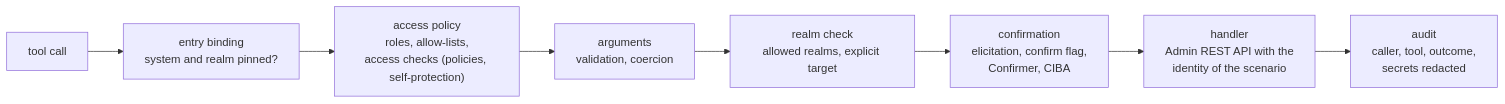
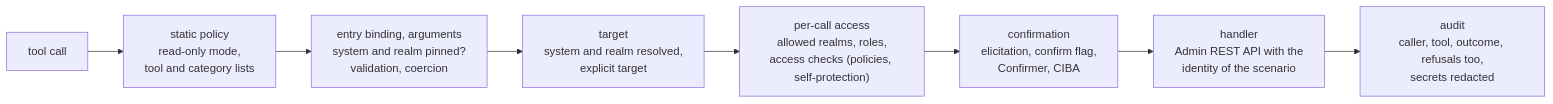
One commit to edewit/keycloak-mcp-server changed the eighth of 8 diagrams in docs/scenarios.md. Above: the diagram before and after it, drawn with Mermaid. The commit also changed other lines of this file, not shown here.

Commit message:
Correct the scenarios page: CIBA number matching, the order of the call pipeline, trusted issuers across systems

````diff
--- a/docs/scenarios.md
+++ b/docs/scenarios.md
@@ -209,10 +209,10 @@
 ```mermaid
 flowchart LR
-    A["tool call"] --> B["entry binding<br/>system and realm pinned?"]
-    B --> C["access policy<br/>roles, allow-lists,<br/>access checks (policies, self-protection)"]
-    C --> D["arguments<br/>validation, coercion"]
-    D --> E["realm check<br/>allowed realms, explicit target"]
+    A["tool call"] --> B["static policy<br/>read-only mode,<br/>tool and category lists"]
+    B --> C["entry binding, arguments<br/>system and realm pinned?<br/>validation, coercion"]
+    C --> D["target<br/>system and realm resolved,<br/>explicit target"]
+    D --> E["per-call access<br/>allowed realms, roles,<br/>access checks (policies, self-protection)"]
     E --> F["confirmation<br/>elicitation, confirm flag,<br/>Confirmer, CIBA"]
     F --> G["handler<br/>Admin REST API with the<br/>identity of the scenario"]
-    G --> H["audit<br/>caller, tool, outcome,<br/>secrets redacted"]
+    G --> H["audit<br/>caller, tool, outcome, refusals too,<br/>secrets redacted"]
 ```
````
